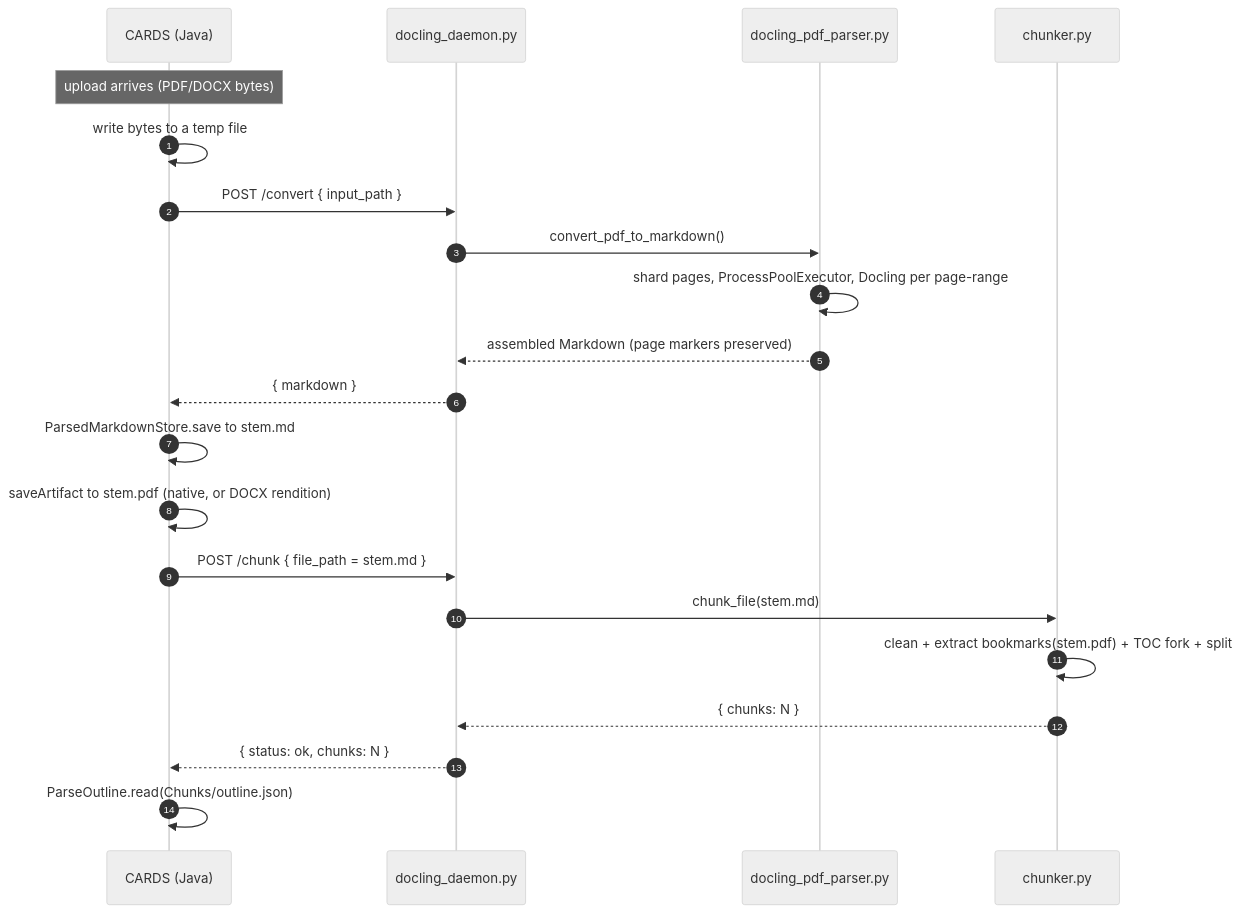
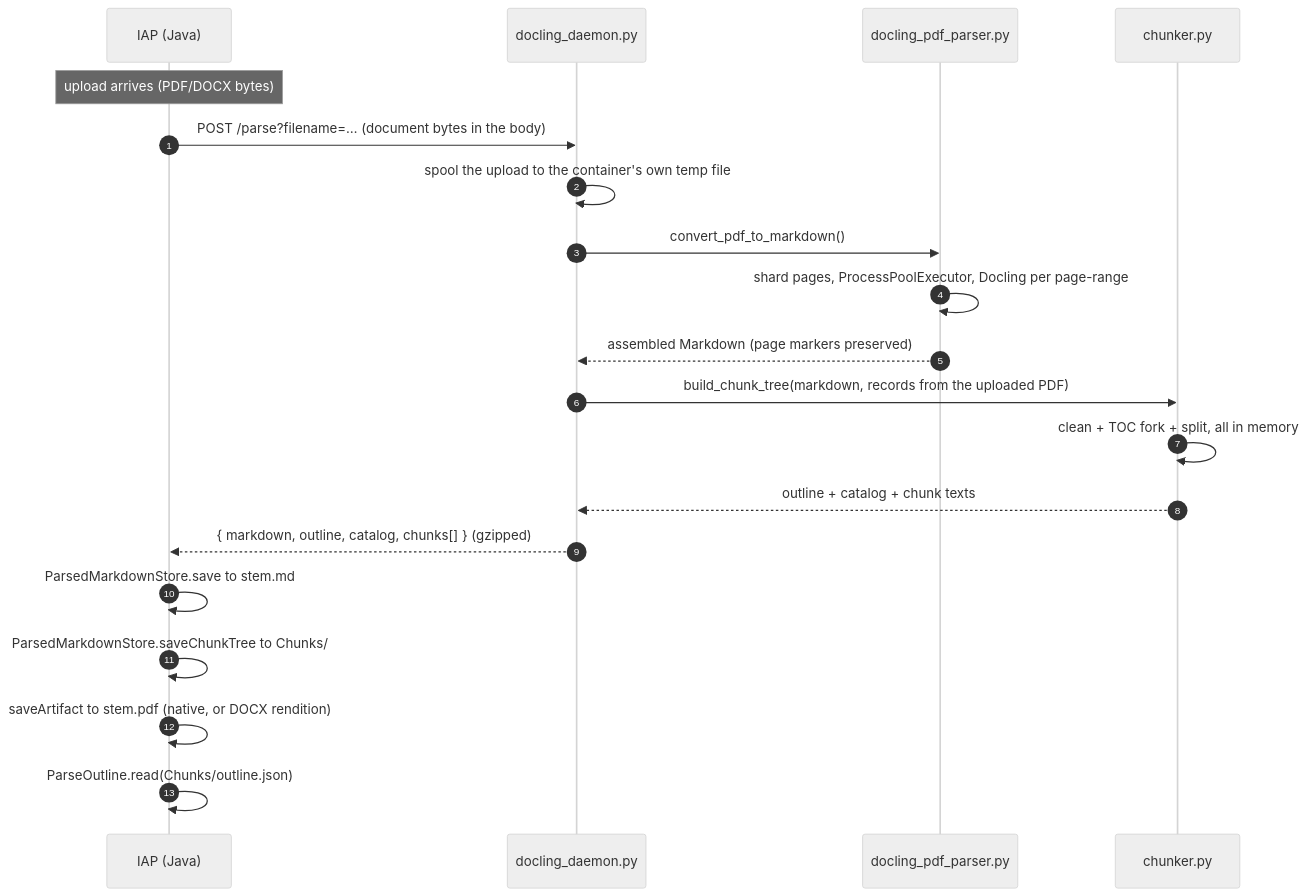
The second of 3 diagrams in Utilities/Parsing/prompts/PARSING_PIPELINE.md (data-team-uhn/cards), drawn with Mermaid (neutral theme) before and after one commit. The commit also changed other lines of this file and 17 other files, not shown here.

First line of the commit message:
[parsing] Move parsing to POST /parse and drop the local-Python fallback

````diff
--- a/Utilities/Parsing/prompts/PARSING_PIPELINE.md
+++ b/Utilities/Parsing/prompts/PARSING_PIPELINE.md
@@ -75,24 +71,23 @@
 ```mermaid
 sequenceDiagram
     autonumber
-    participant J as CARDS (Java)
+    participant J as IAP (Java)
     participant D as docling_daemon.py
     participant P as docling_pdf_parser.py
     participant C as chunker.py
 
     Note over J: upload arrives (PDF/DOCX bytes)
-    J->>J: write bytes to a temp file
-    J->>D: POST /convert { input_path }
+    J->>D: POST /parse?filename=… (document bytes in the body)
+    D->>D: spool the upload to the container's own temp file
     D->>P: convert_pdf_to_markdown()
     P->>P: shard pages, ProcessPoolExecutor, Docling per page-range
     P-->>D: assembled Markdown (page markers preserved)
-    D-->>J: { markdown }
+    D->>C: build_chunk_tree(markdown, records from the uploaded PDF)
+    C->>C: clean + TOC fork + split, all in memory
+    C-->>D: outline + catalog + chunk texts
+    D-->>J: { markdown, outline, catalog, chunks[] }  (gzipped)
     J->>J: ParsedMarkdownStore.save to stem.md
+    J->>J: ParsedMarkdownStore.saveChunkTree to Chunks/
     J->>J: saveArtifact to stem.pdf (native, or DOCX rendition)
-    J->>D: POST /chunk { file_path = stem.md }
-    D->>C: chunk_file(stem.md)
-    C->>C: clean + extract bookmarks(stem.pdf) + TOC fork + split
-    C-->>D: { chunks: N }
-    D-->>J: { status: ok, chunks: N }
     J->>J: ParseOutline.read(Chunks/outline.json)
 ```
````
